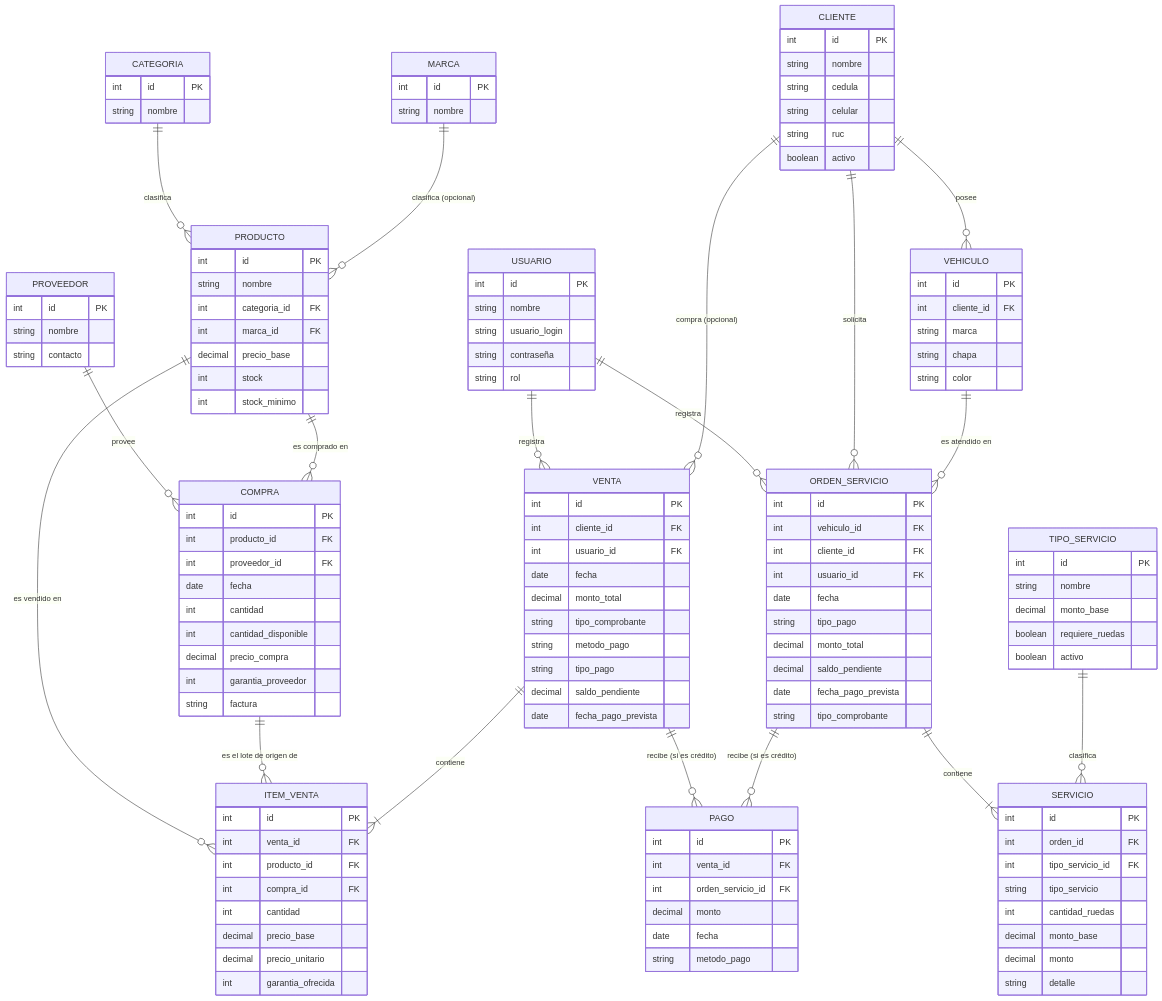
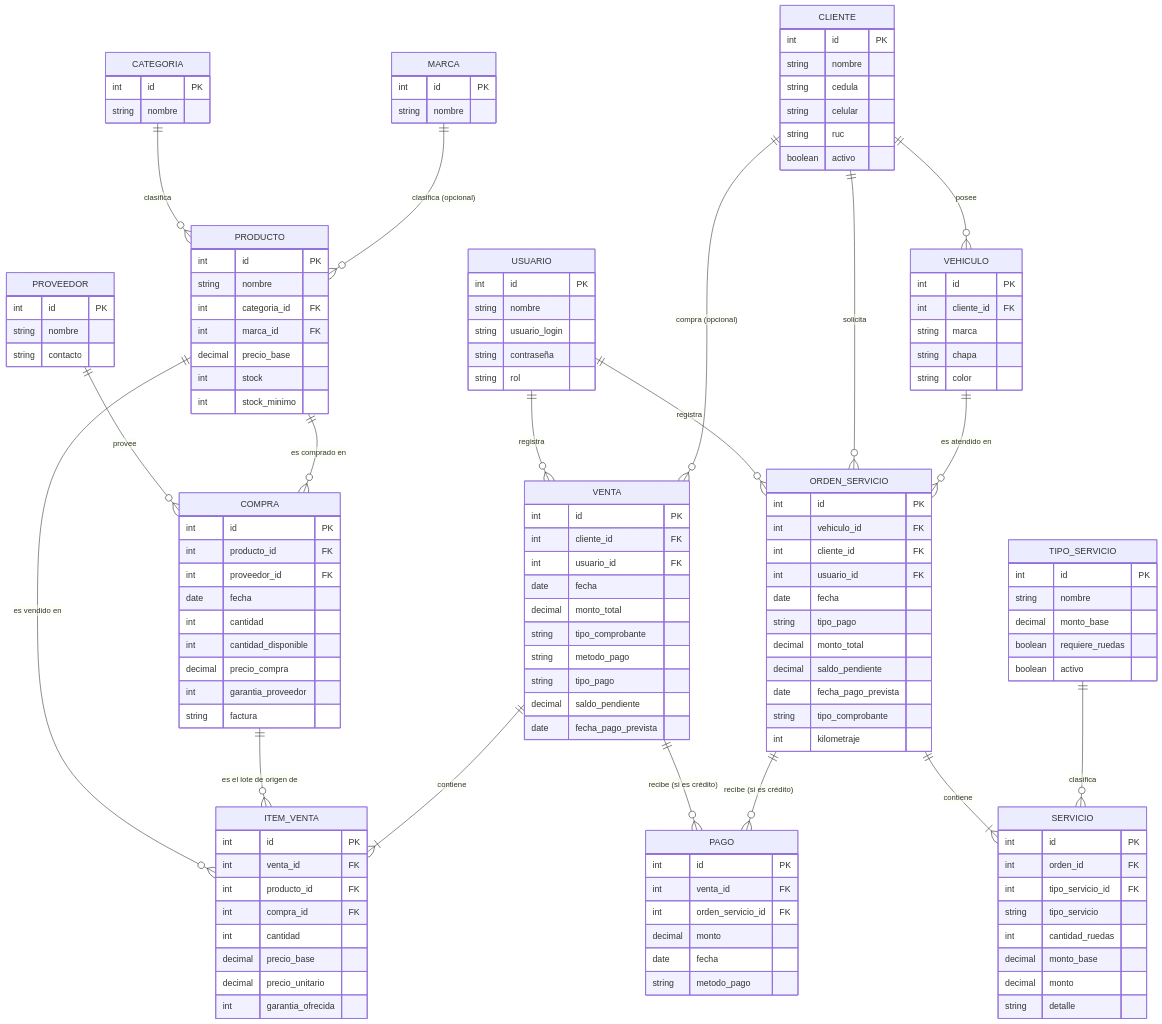
Before and after one commit to josD0111/neucar-system: the diagram in context/02-desing/diagrama-entidad-relacion.md, drawn with Mermaid. The commit also changed other lines of this file and 5 other files, not shown here.

```diff
--- a/context/02-desing/diagrama-entidad-relacion.md
+++ b/context/02-desing/diagrama-entidad-relacion.md
@@ -145,6 +147,7 @@
         decimal saldo_pendiente
         date fecha_pago_prevista
         string tipo_comprobante
+        int kilometraje
     }
 
     SERVICIO {
```
